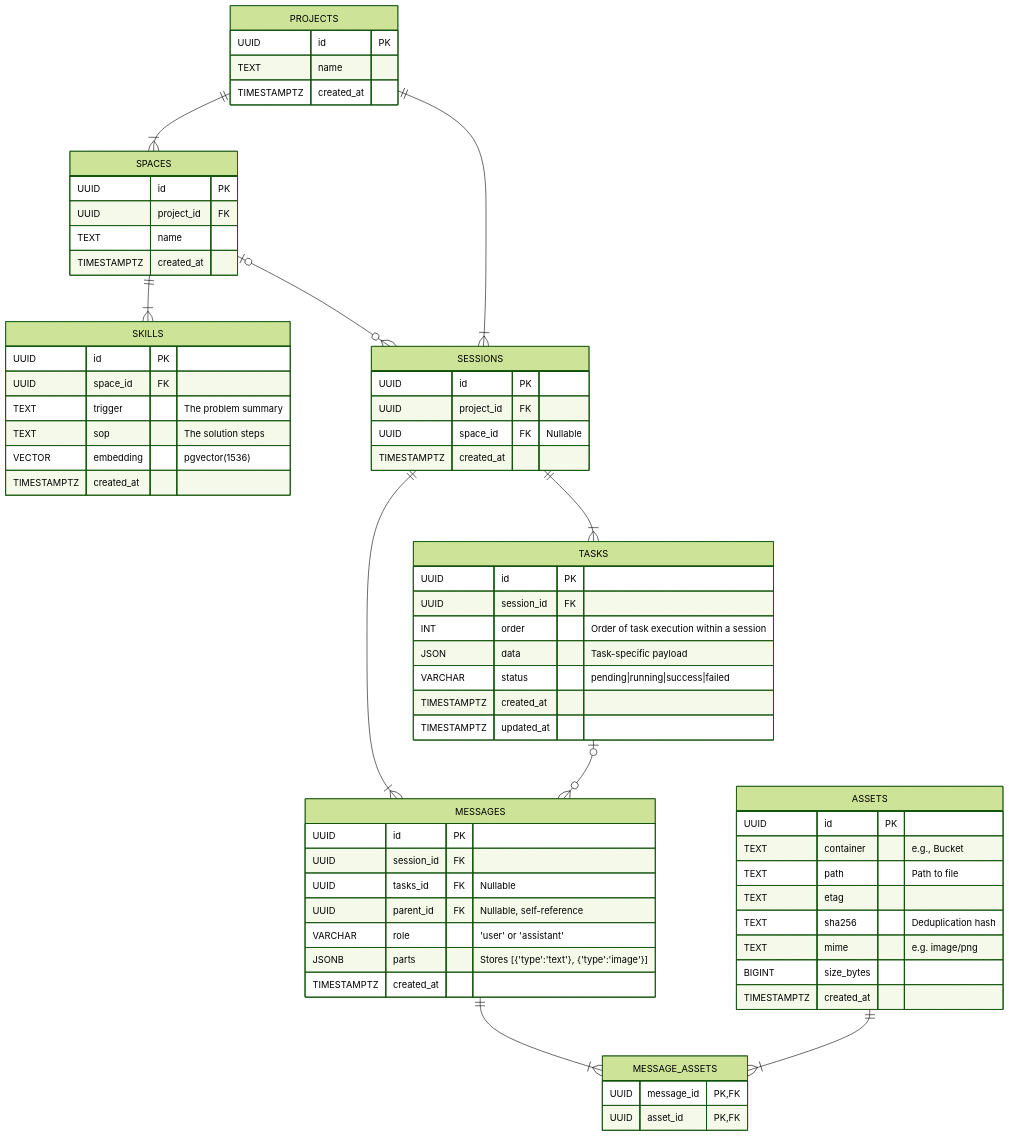
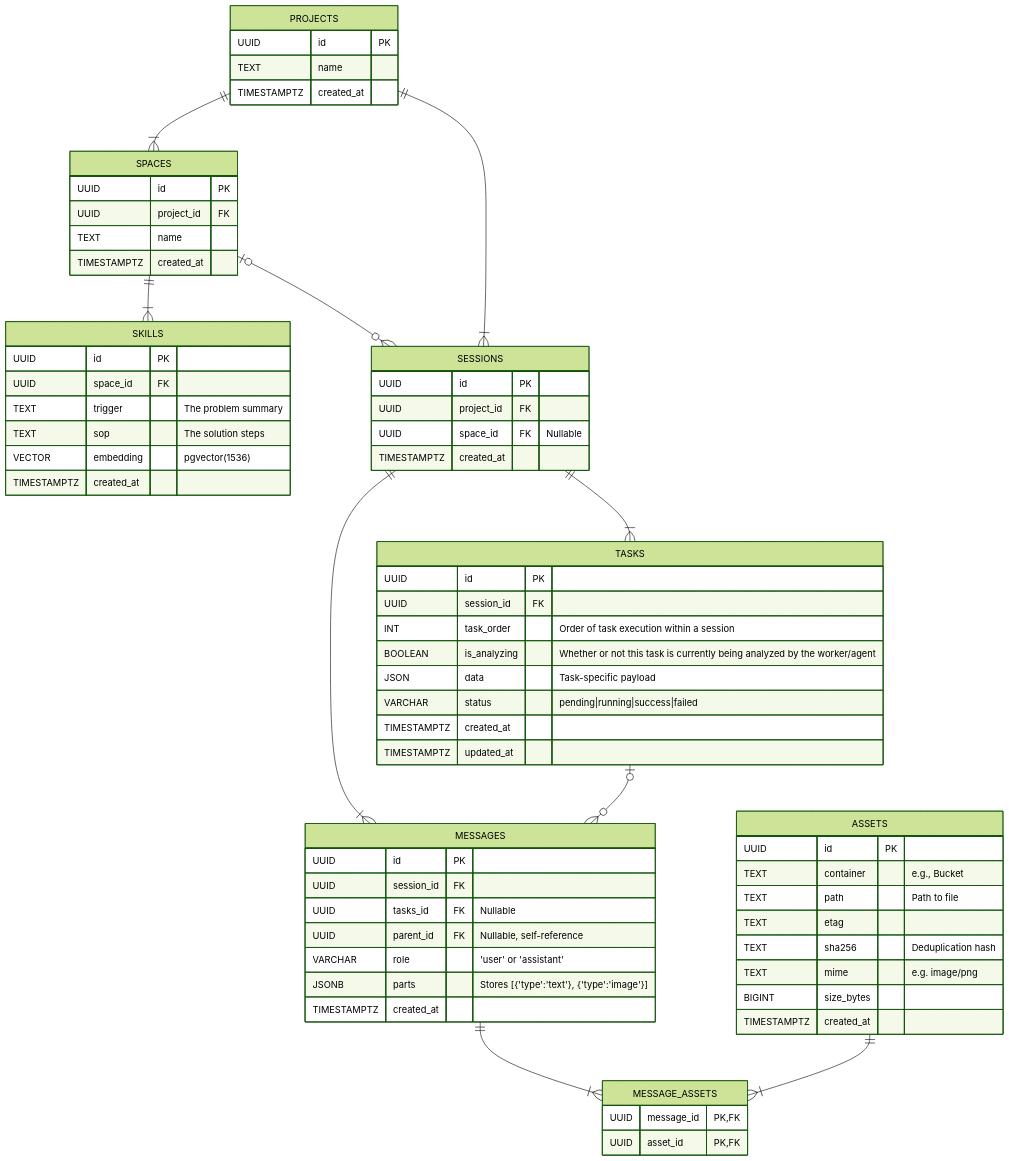
Before and after one commit to w-h-a/gomento: the second of 2 diagrams in README.md, drawn with Mermaid (forest theme). The commit also changed other lines of this file and 15 other files, not shown here.

````diff
--- a/README.md
+++ b/README.md
@@ -70,81 +70,82 @@
 ```mermaid
 erDiagram
     PROJECTS {
         UUID id PK
         TEXT name
         TIMESTAMPTZ created_at
     }
 
     SPACES {
         UUID id PK
         UUID project_id FK
         TEXT name
         TIMESTAMPTZ created_at
     }
 
     SKILLS {
         UUID id PK
         UUID space_id FK
         TEXT trigger "The problem summary"
         TEXT sop "The solution steps"
         VECTOR embedding "pgvector(1536)"
         TIMESTAMPTZ created_at
     }
 
     SESSIONS {
         UUID id PK
         UUID project_id FK
         UUID space_id FK "Nullable"
         TIMESTAMPTZ created_at
     }
 
     TASKS {
         UUID id PK
         UUID session_id FK
-        INT order "Order of task execution within a session"
+        INT task_order "Order of task execution within a session"
+        BOOLEAN is_analyzing "Whether or not this task is currently being analyzed by the worker/agent"
         JSON data "Task-specific payload"
         VARCHAR status "pending|running|success|failed"
         TIMESTAMPTZ created_at
         TIMESTAMPTZ updated_at
     }
 
     MESSAGES {
         UUID id PK
         UUID session_id FK
         UUID tasks_id FK "Nullable"
         UUID parent_id FK "Nullable, self-reference"
         VARCHAR role "'user' or 'assistant'"
         JSONB parts "Stores [{'type':'text'}, {'type':'image'}]"
         TIMESTAMPTZ created_at
     }
 
     ASSETS {
         UUID id PK
         TEXT container "e.g., Bucket"
         TEXT path "Path to file"
         TEXT etag
         TEXT sha256 "Deduplication hash"
         TEXT mime "e.g. image/png"
         BIGINT size_bytes
         TIMESTAMPTZ created_at
     }
 
     MESSAGE_ASSETS {
         UUID message_id PK, FK
         UUID asset_id PK, FK
     }
 
     PROJECTS ||--|{ SPACES : ""
     PROJECTS ||--|{ SESSIONS : ""
     
     SPACES ||--|{ SKILLS : ""
     SPACES |o--o{ SESSIONS : ""
     
     SESSIONS ||--|{ MESSAGES : ""
     SESSIONS ||--|{ TASKS : ""
 
     TASKS |o--o{ MESSAGES : ""
 
     MESSAGES ||--|{ MESSAGE_ASSETS : ""
     ASSETS ||--|{ MESSAGE_ASSETS : ""
 ```
````
